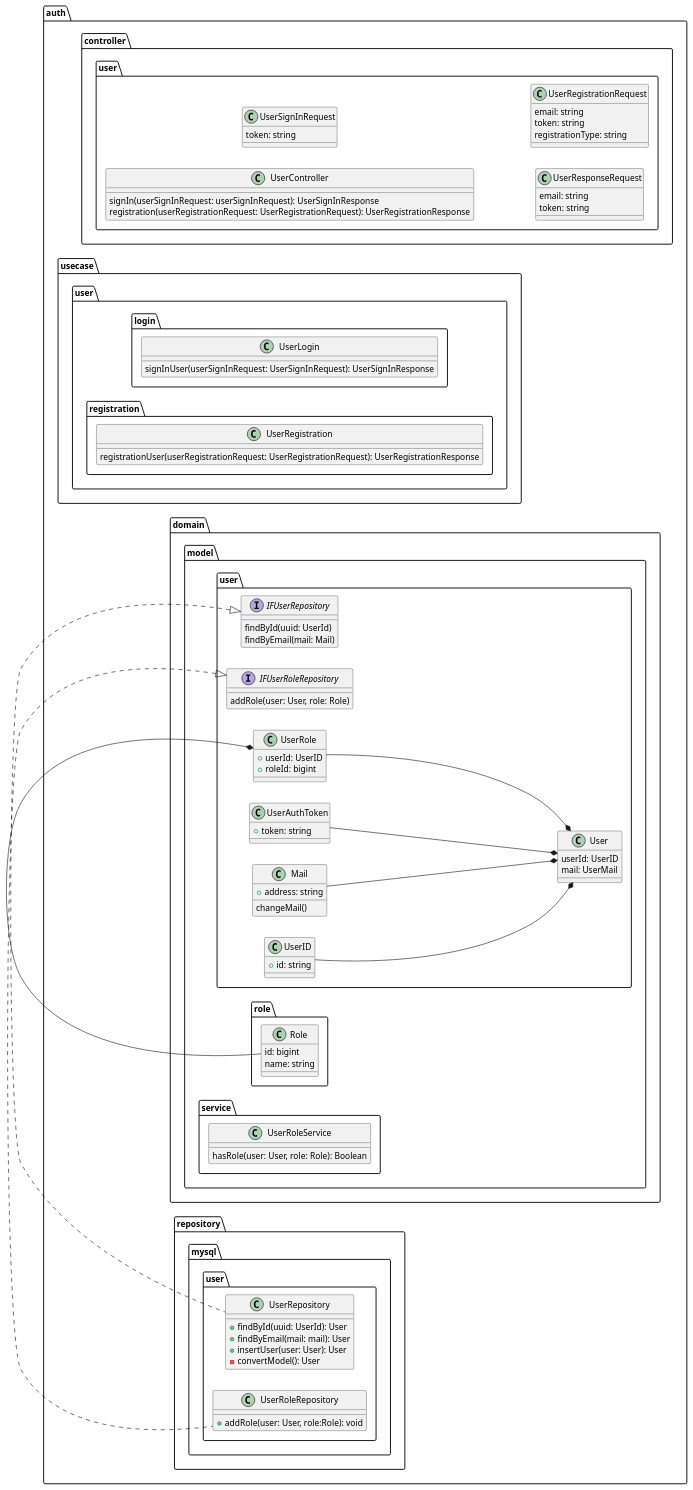
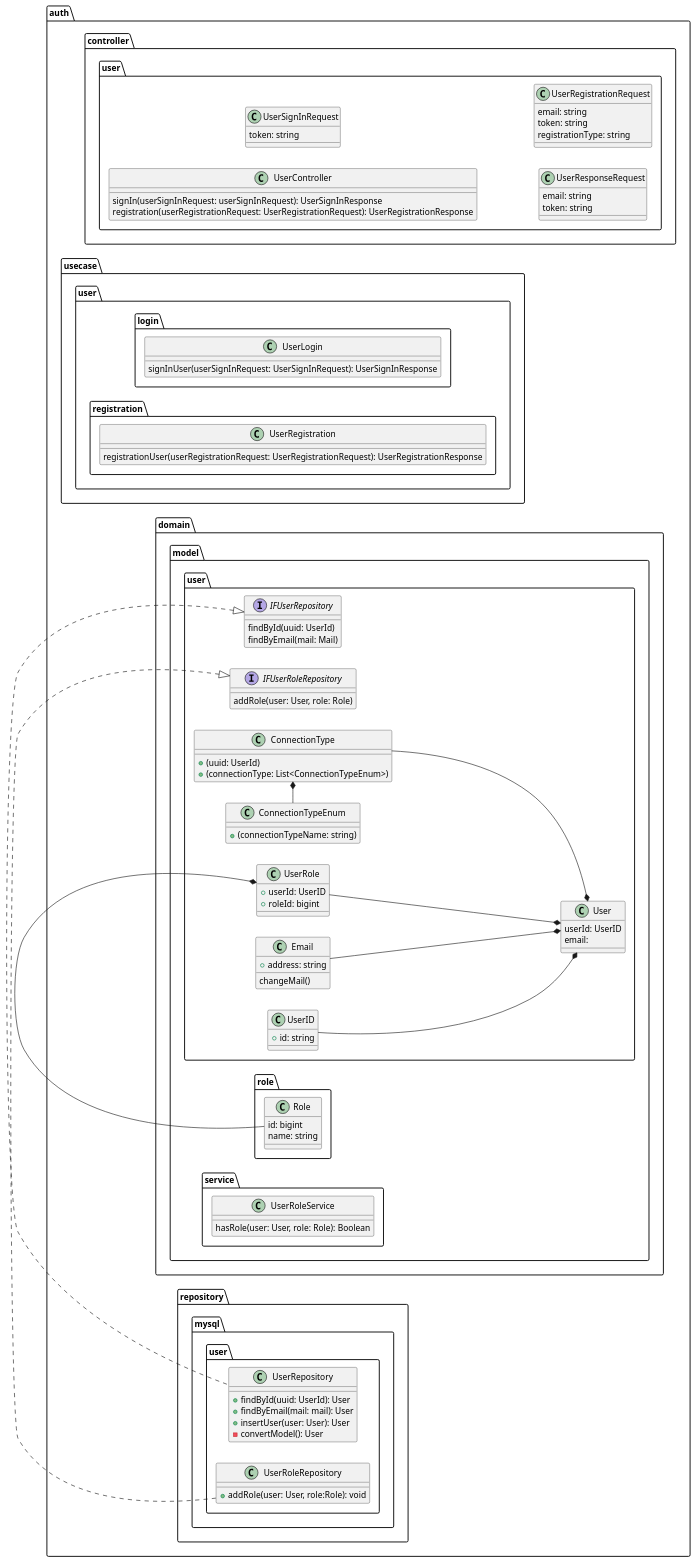
One commit to MikiWaraMiki/springboot-kotlin-job-offer-sample-ddd changed the diagram in docs/er/AuthenticationContext.puml. Above: the diagram before and after it, drawn with PlantUML.

Commit message:
fix ER図

```diff
--- a/docs/er/AuthenticationContext.puml
+++ b/docs/er/AuthenticationContext.puml
@@ -1,108 +1,113 @@
 @startuml
 'https://plantuml.com/class-diagram
 left to right direction
 
 namespace auth {
     namespace controller {
         namespace user {
             class UserController {
                 signIn(userSignInRequest: userSignInRequest): UserSignInResponse
                 registration(userRegistrationRequest: UserRegistrationRequest): UserRegistrationResponse
             }
             class UserSignInRequest {
                 token: string
             }
             class UserResponseRequest {
                 email: string
                 token: string
             }
             class UserRegistrationRequest {
                 email: string
                 token: string
                 registrationType: string
             }
         }
     }
     namespace usecase {
         namespace user {
             namespace login {
                 class UserLogin {
                     signInUser(userSignInRequest: UserSignInRequest): UserSignInResponse
                 }
             }
             namespace registration {
                 class UserRegistration {
                     registrationUser(userRegistrationRequest: UserRegistrationRequest): UserRegistrationResponse
                 }
             }
         }
     }
     namespace domain {
         namespace model {
             namespace user {
                 class User {
                     userId: UserID
-                    mail: UserMail
+                    email:
                 }
                 class UserID {
                     +id: string
                 }
-                class UserAuthToken {
-                    +token: string
-                }
-                class Mail {
+                class Email {
                     +address: string
                     changeMail()
+                }
+                class ConnectionType {
+                    +(uuid: UserId)
+                    +(connectionType: List<ConnectionTypeEnum>)
+                }
+                class ConnectionTypeEnum {
+                    +(connectionTypeName: string)
                 }
                 class UserRole {
                     +userId: UserID
                     +roleId: bigint
                 }
                 interface IFUserRepository {
                     findById(uuid: UserId)
                     findByEmail(mail: Mail)
                 }
                 interface IFUserRoleRepository {
                     addRole(user: User, role: Role)
                 }
             }
             namespace role {
                 class Role {
                     id: bigint
                     name: string
                 }
             }
             namespace service {
                 class UserRoleService {
                     hasRole(user: User, role: Role): Boolean
                 }
             }
         }
    }
    namespace repository {
         namespace mysql {
             namespace user {
 
                 class UserRepository {
                     +findById(uuid: UserId): User
                     +findByEmail(mail: mail): User
                     +insertUser(user: User): User
                     -convertModel(): User
                 }
                 class UserRoleRepository {
                     +addRole(user: User, role:Role): void
                 }
             }
         }
    }
 }
 'implements
 auth.domain.model.user.IFUserRepository <|.right. auth.repository.mysql.user.UserRepository
 auth.domain.model.user.IFUserRoleRepository <|.right. auth.repository.mysql.user.UserRoleRepository
 ' has one
 auth.domain.model.user.User *-up- auth.domain.model.user.UserID
-auth.domain.model.user.User *-up- auth.domain.model.user.Mail
+auth.domain.model.user.User *-up- auth.domain.model.user.Email
 auth.domain.model.user.User *-up- auth.domain.model.user.UserRole
-auth.domain.model.user.User *-up- auth.domain.model.user.UserAuthToken
+auth.domain.model.user.User *-up- auth.domain.model.user.ConnectionType
+auth.domain.model.user.ConnectionType *-left- auth.domain.model.user.ConnectionTypeEnum
 auth.domain.model.user.UserRole *-left- auth.domain.model.role.Role
 @enduml
```
